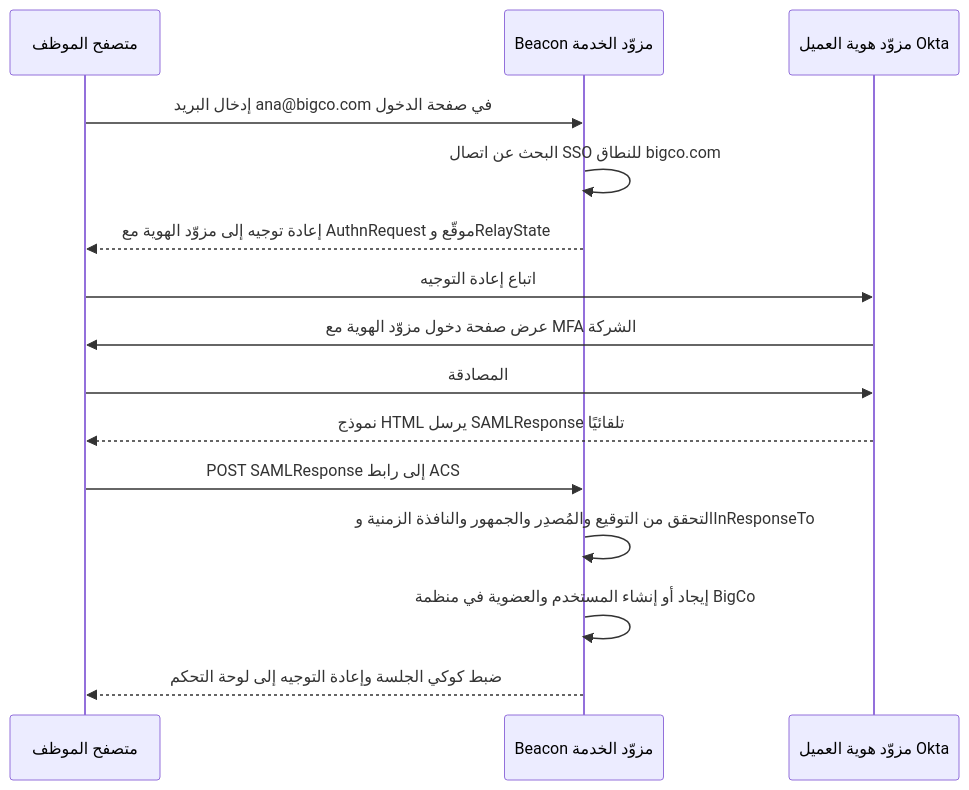
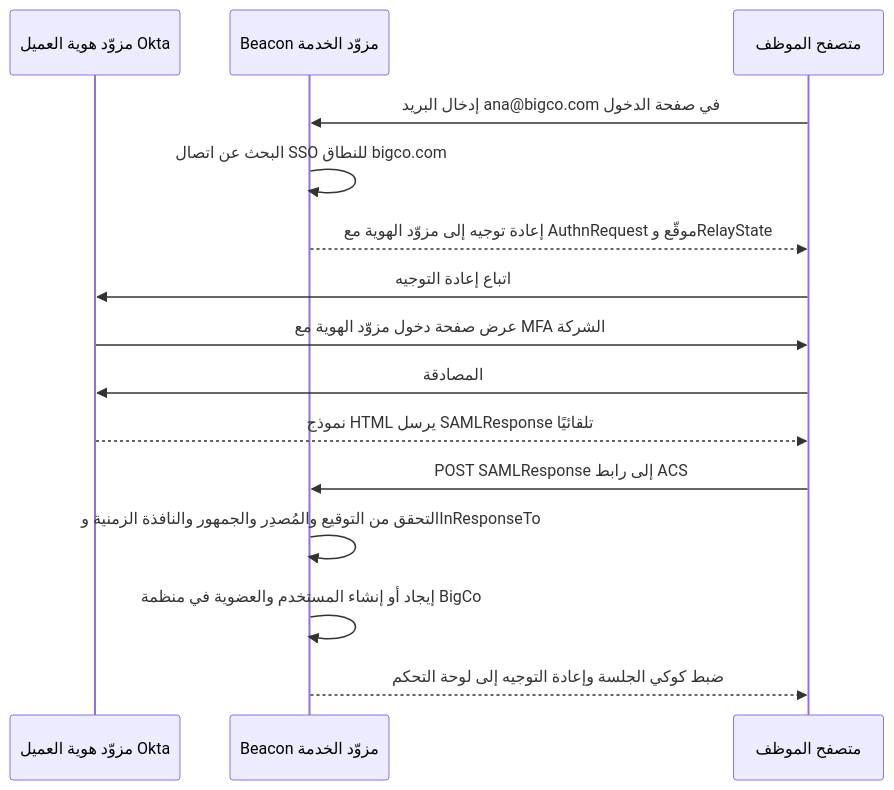
One commit to Tamoura/system-design-for-vibe-coders changed the fifth of 5 diagrams in saas/modules/01-identity-access.ar.md. Above: the diagram before and after it, drawn with Mermaid. The commit also changed other lines of this file and 31 other files, not shown here.

First line of the commit message:
Arabic editions: diagrams flow right to left

````diff
--- a/saas/modules/01-identity-access.ar.md
+++ b/saas/modules/01-identity-access.ar.md
@@ -942,17 +942,17 @@
 ```mermaid
 sequenceDiagram
+    participant I as مزوّد هوية العميل Okta
+    participant B as Beacon مزوّد الخدمة
     participant U as متصفح الموظف
-    participant B as Beacon مزوّد الخدمة
-    participant I as مزوّد هوية العميل Okta
     U->>B: إدخال البريد ana@bigco.com في صفحة الدخول
     B->>B: البحث عن اتصال SSO للنطاق bigco.com
     B-->>U: إعادة توجيه إلى مزوّد الهوية مع AuthnRequest موقّع وRelayState
     U->>I: اتباع إعادة التوجيه
     I->>U: عرض صفحة دخول مزوّد الهوية مع MFA الشركة
     U->>I: المصادقة
     I-->>U: نموذج HTML يرسل SAMLResponse تلقائيًا
     U->>B: POST SAMLResponse إلى رابط ACS
     B->>B: التحقق من التوقيع والمُصدِر والجمهور والنافذة الزمنية وInResponseTo
     B->>B: إيجاد أو إنشاء المستخدم والعضوية في منظمة BigCo
     B-->>U: ضبط كوكي الجلسة وإعادة التوجيه إلى لوحة التحكم
 ```
````
